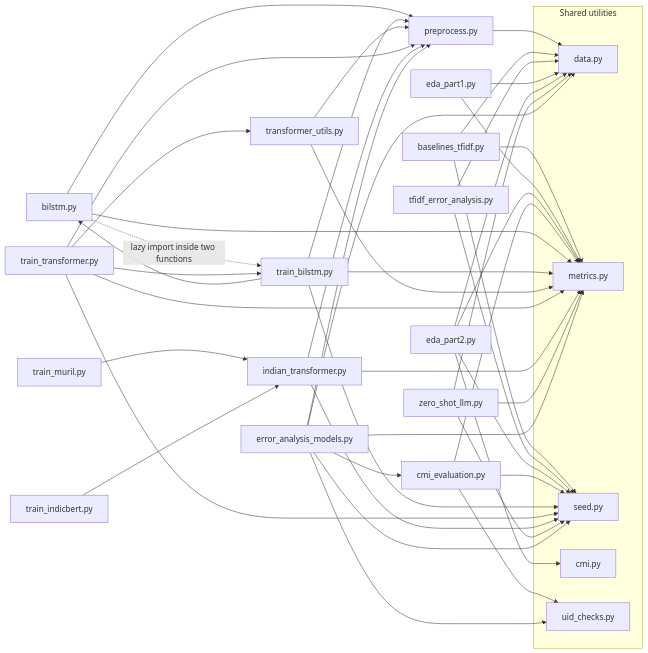
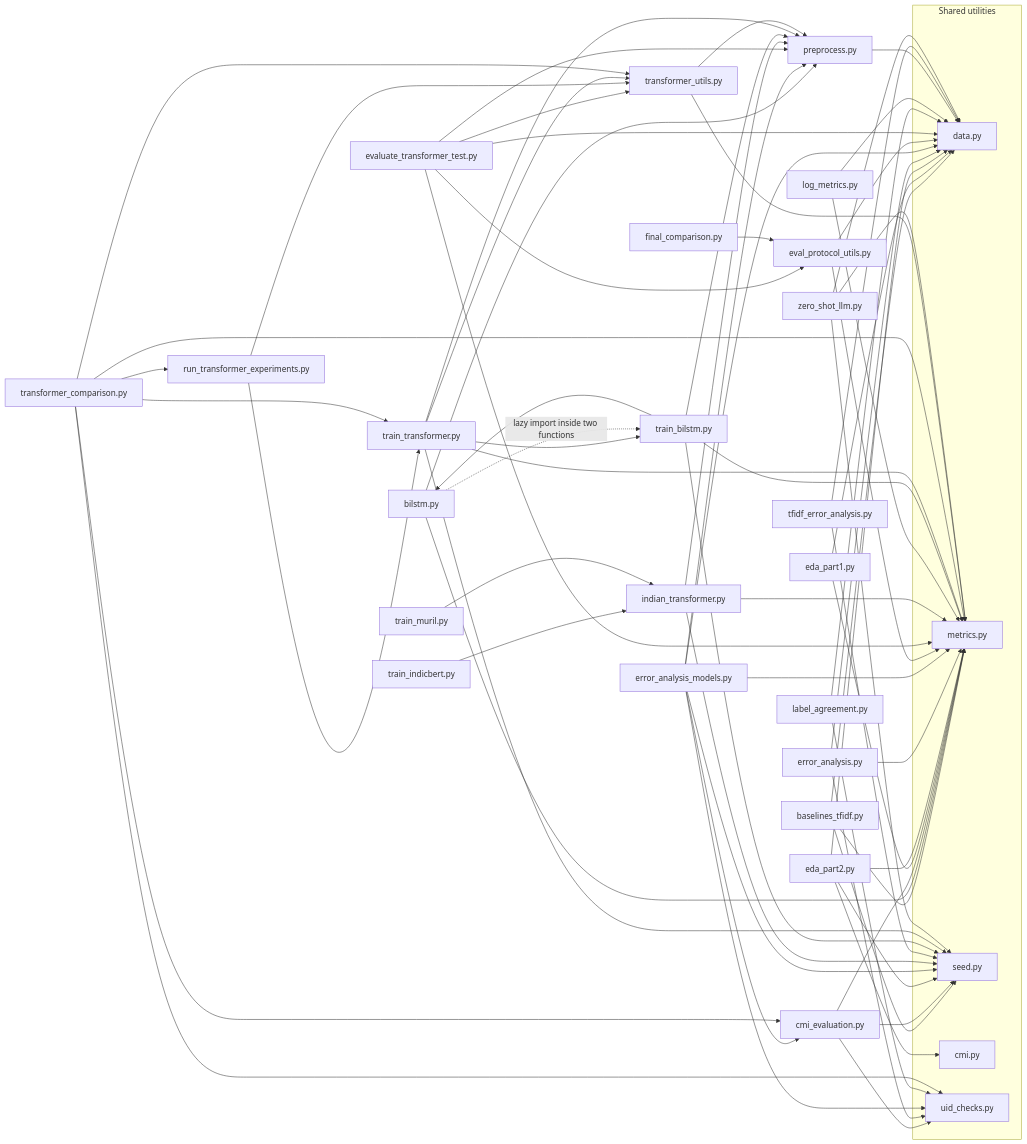
One commit to mani6409/hinglish-sentimix changed the first of 2 diagrams in docs/ARCHITECTURE.md. Above: the diagram before and after it, drawn with Mermaid. The commit also changed other lines of this file and 7 other files, not shown here.

Commit message:
Documentation: fix caller lists and statements found in review, regenerate the dependency graph from the imports, update counts and log columns

````diff
--- a/docs/ARCHITECTURE.md
+++ b/docs/ARCHITECTURE.md
@@ -29,26 +30,57 @@
 ```mermaid
 flowchart LR
     subgraph shared[Shared utilities]
-        data[data.py]
-        metrics[metrics.py]
-        seed[seed.py]
-        cmi[cmi.py]
-        uid[uid_checks.py]
+        data["data.py"]
+        metrics["metrics.py"]
+        seed["seed.py"]
+        cmi["cmi.py"]
+        uid_checks["uid_checks.py"]
     end
-    pre[preprocess.py] --> data
-    tfidf[baselines_tfidf.py] --> data & metrics & seed
-    tfidfe[tfidf_error_analysis.py] --> data & seed
-    eda1[eda_part1.py] --> data & metrics
-    eda2[eda_part2.py] --> cmi & data & metrics & seed
-    cmie[cmi_evaluation.py] --> metrics & seed & uid
-    bil[bilstm.py] --> metrics & pre
-    trb[train_bilstm.py] --> bil & metrics & pre & seed
-    bil -. "lazy import inside two functions" .-> trb
-    tu[transformer_utils.py] --> metrics & pre
-    trt[train_transformer.py] --> tu & trb & metrics & pre & seed
-    ind[indian_transformer.py] --> metrics & pre & seed
-    mur[train_muril.py] --> ind
-    ib[train_indicbert.py] --> ind
-    zs[zero_shot_llm.py] --> data & metrics & seed
-    ema[error_analysis_models.py] --> cmie & data & metrics & pre & seed & uid
+    baselines_tfidf["baselines_tfidf.py"]
+    bilstm["bilstm.py"]
+    cmi_evaluation["cmi_evaluation.py"]
+    eda_part1["eda_part1.py"]
+    eda_part2["eda_part2.py"]
+    error_analysis["error_analysis.py"]
+    error_analysis_models["error_analysis_models.py"]
+    eval_protocol_utils["eval_protocol_utils.py"]
+    evaluate_transformer_test["evaluate_transformer_test.py"]
+    final_comparison["final_comparison.py"]
+    indian_transformer["indian_transformer.py"]
+    label_agreement["label_agreement.py"]
+    log_metrics["log_metrics.py"]
+    preprocess["preprocess.py"]
+    run_transformer_experiments["run_transformer_experiments.py"]
+    tfidf_error_analysis["tfidf_error_analysis.py"]
+    train_bilstm["train_bilstm.py"]
+    train_indicbert["train_indicbert.py"]
+    train_muril["train_muril.py"]
+    train_transformer["train_transformer.py"]
+    transformer_comparison["transformer_comparison.py"]
+    transformer_utils["transformer_utils.py"]
+    zero_shot_llm["zero_shot_llm.py"]
+    baselines_tfidf --> data & metrics & seed
+    bilstm --> metrics & preprocess
+    cmi_evaluation --> metrics & seed & uid_checks
+    eda_part1 --> data & metrics
+    eda_part2 --> cmi & data & metrics & seed
+    error_analysis --> data & metrics & uid_checks
+    error_analysis_models --> cmi_evaluation & data & metrics & preprocess & seed & uid_checks
+    eval_protocol_utils --> data & metrics
+    evaluate_transformer_test --> data & eval_protocol_utils & metrics & preprocess & transformer_utils
+    final_comparison --> eval_protocol_utils
+    indian_transformer --> metrics & preprocess & seed
+    label_agreement --> data & uid_checks
+    log_metrics --> data & metrics
+    preprocess --> data
+    run_transformer_experiments --> train_transformer & transformer_utils
+    tfidf_error_analysis --> data & seed
+    train_bilstm --> bilstm & metrics & preprocess & seed
+    train_indicbert --> indian_transformer
+    train_muril --> indian_transformer
+    train_transformer --> metrics & preprocess & seed & train_bilstm & transformer_utils
+    transformer_comparison --> cmi_evaluation & metrics & run_transformer_experiments & train_transformer & transformer_utils & uid_checks
+    transformer_utils --> metrics & preprocess
+    zero_shot_llm --> data & metrics & seed
+    bilstm -. "lazy import inside two functions" .-> train_bilstm
 ```
````
